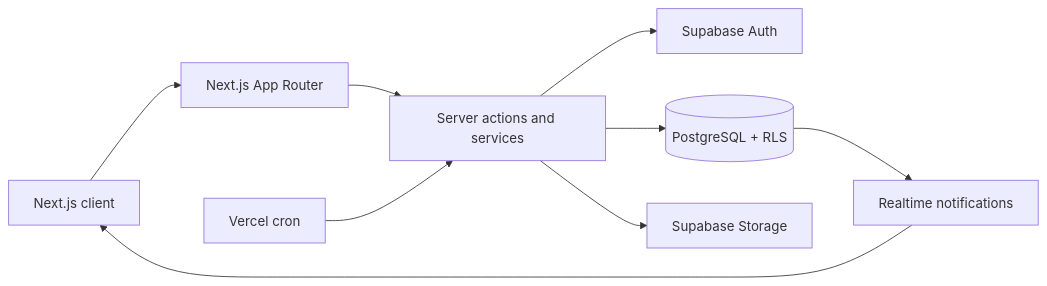
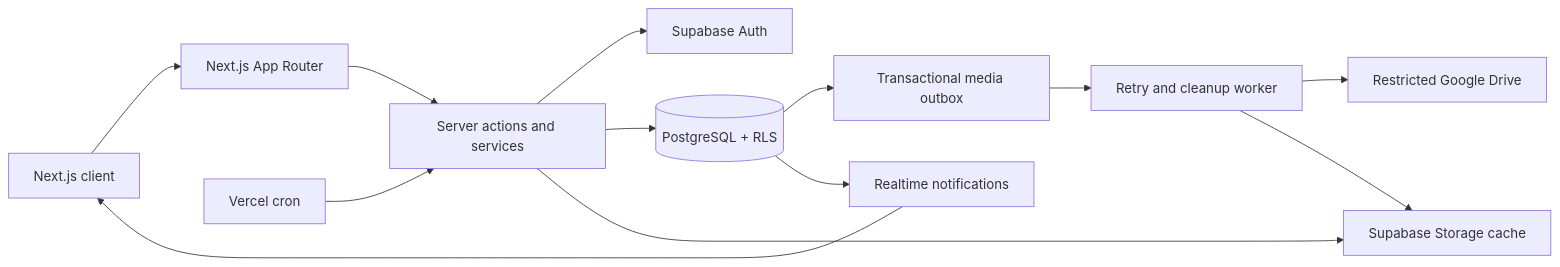
One commit to itsmebillah/company-hub changed the diagram in README.md. Above: the diagram before and after it, drawn with Mermaid. The commit also changed other lines of this file and 33 other files, not shown here.

````diff
--- a/README.md
+++ b/README.md
@@ -55,11 +54,15 @@
 ```mermaid
 flowchart LR
     Browser[Next.js client] --> App[Next.js App Router]
     App --> Actions[Server actions and services]
     Actions --> Auth[Supabase Auth]
     Actions --> DB[(PostgreSQL + RLS)]
-    Actions --> Storage[Supabase Storage]
+    Actions --> Storage[Supabase Storage cache]
+    DB --> Outbox[Transactional media outbox]
+    Outbox --> Worker[Retry and cleanup worker]
+    Worker --> Drive[Restricted Google Drive]
+    Worker --> Storage
     DB --> Realtime[Realtime notifications]
     Realtime --> Browser
     Cron[Vercel cron] --> Actions
 ```
````
